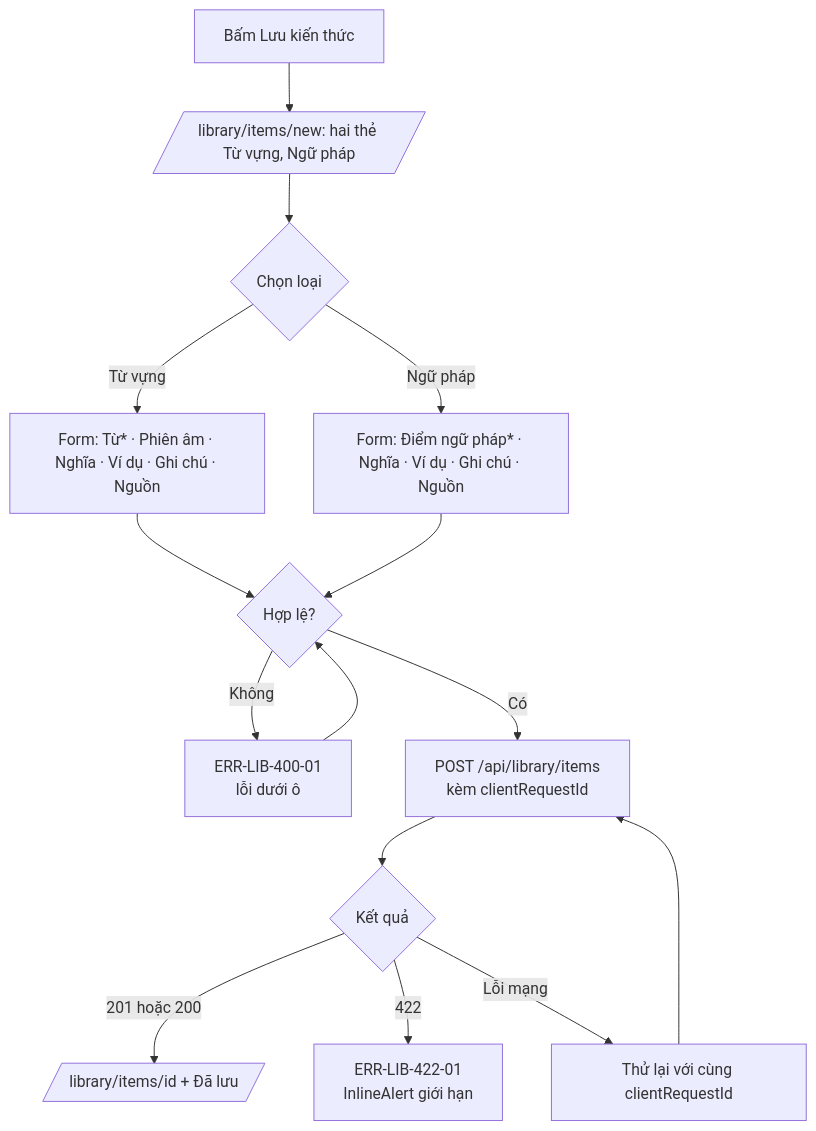
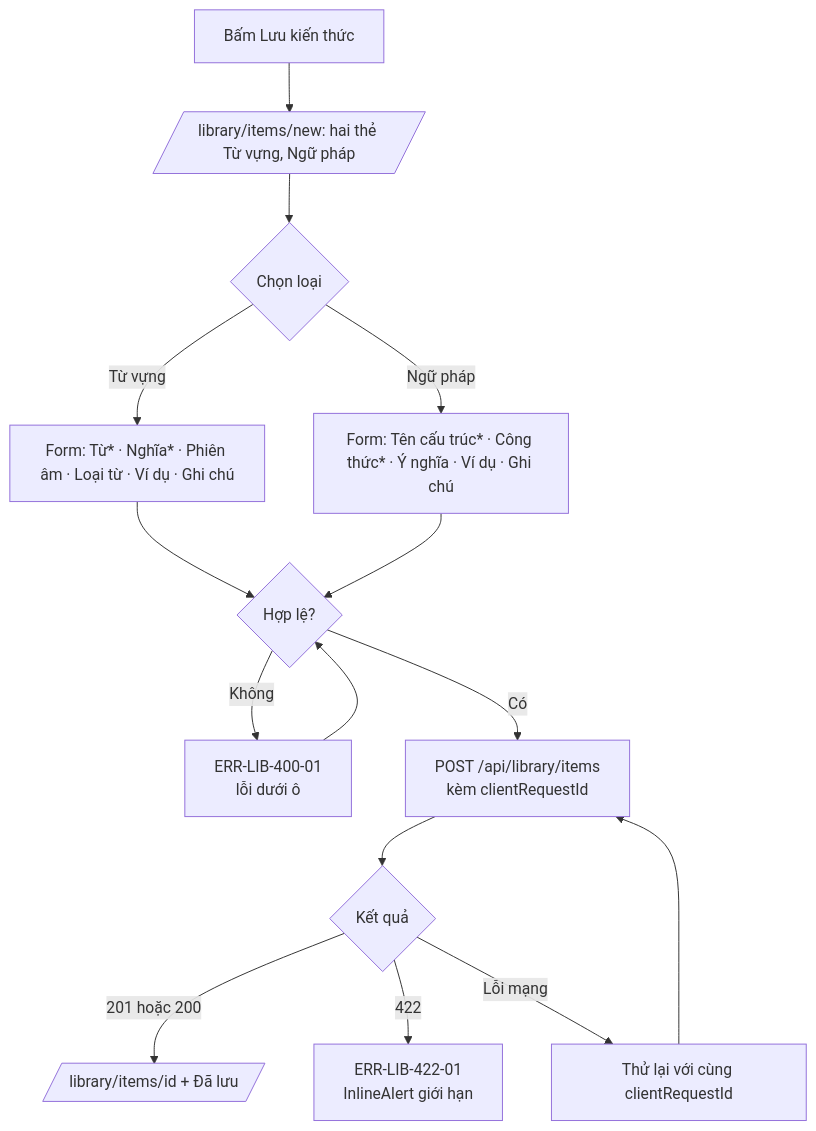
The first of 2 diagrams in docs/features/knowledge-items/srs/US-LIB-01-choose-type-and-save.md (pamela172103/Lingozi), drawn with Mermaid before and after one commit. The commit also changed other lines of this file and 11 other files, not shown here.

First line of the commit message:
docs(knowledge-items): US-LIB-01 form by type: vocabulary Từ and Nghĩa required, grammar Tên cấu trúc and Công thức required

````diff
--- a/docs/features/knowledge-items/srs/US-LIB-01-choose-type-and-save.md
+++ b/docs/features/knowledge-items/srs/US-LIB-01-choose-type-and-save.md
@@ -81,15 +82,15 @@
 ```mermaid
 flowchart TD
     A[Bấm Lưu kiến thức] --> K[/library/items/new: hai thẻ Từ vựng, Ngữ pháp/]
     K --> T{Chọn loại}
-    T -- Từ vựng --> W[Form: Từ* · Phiên âm · Nghĩa · Ví dụ · Ghi chú · Nguồn]
-    T -- Ngữ pháp --> G[Form: Điểm ngữ pháp* · Nghĩa · Ví dụ · Ghi chú · Nguồn]
+    T -- Từ vựng --> W[Form: Từ* · Nghĩa* · Phiên âm · Loại từ · Ví dụ · Ghi chú]
+    T -- Ngữ pháp --> G[Form: Tên cấu trúc* · Công thức* · Ý nghĩa · Ví dụ · Ghi chú]
     W --> V{Hợp lệ?}
     G --> V
     V -- Không --> V1[ERR-LIB-400-01<br/>lỗi dưới ô] --> V
     V -- Có --> P[POST /api/library/items<br/>kèm clientRequestId]
     P --> R{Kết quả}
     R -- 201 hoặc 200 --> OK[/library/items/id + Đã lưu/]
     R -- 422 --> L[ERR-LIB-422-01<br/>InlineAlert giới hạn]
     R -- Lỗi mạng --> RT[Thử lại với cùng clientRequestId] --> P
 ```
````
